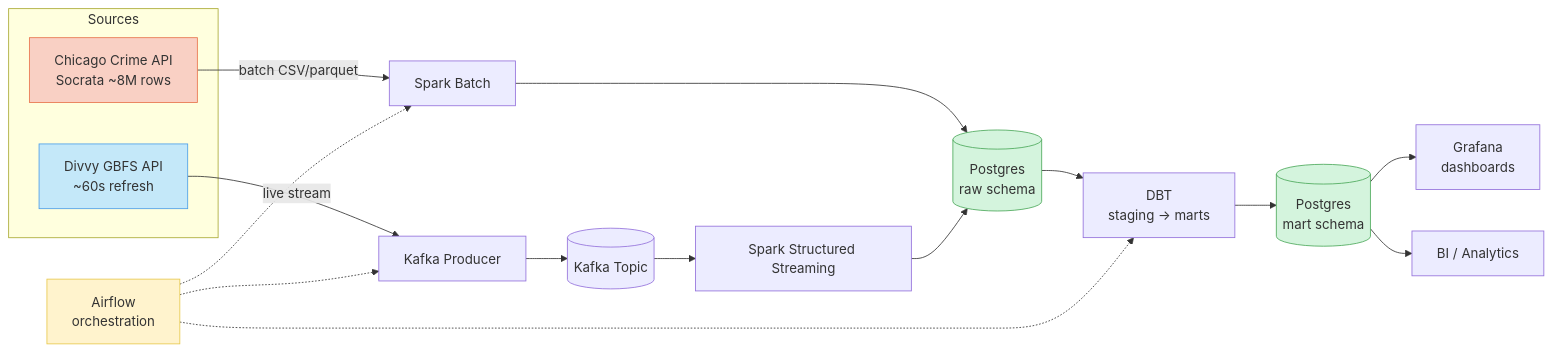
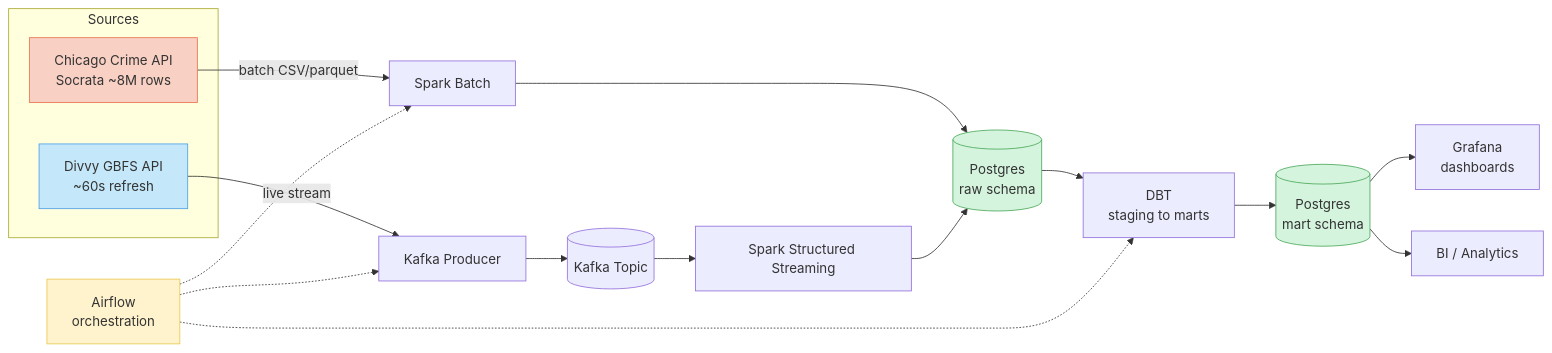
Before and after one commit to SagarMarthandan/chicago-data-pipeline: the first of 3 diagrams in README.md, drawn with Mermaid. The commit also changed other lines of this file and 1 other file, not shown here.

````diff
--- a/README.md
+++ b/README.md
@@ -26,31 +26,31 @@
 ```mermaid
 graph LR
     subgraph Sources
-        CC[Chicago Crime API<br/>Socrata ~8M rows]
-        DV[Divvy GBFS API<br/>~60s refresh]
+        CC["Chicago Crime API<br/>Socrata ~8M rows"]
+        DV["Divvy GBFS API<br/>~60s refresh"]
     end
 
-    CC -->|batch CSV/parquet| SP[Spark Batch]
+    CC -->|"batch CSV/parquet"| SP[Spark Batch]
     DV -->|live stream| KP[Kafka Producer]
     KP --> KT[(Kafka Topic)]
     KT --> SS[Spark Structured Streaming]
 
-    SP --> PG[(Postgres<br/>raw schema)]
+    SP --> PG[("Postgres<br/>raw schema")]
     SS --> PG
 
-    PG --> DBT[DBT<br/>staging → marts]
-    DBT --> PG2[(Postgres<br/>mart schema)]
+    PG --> DBT["DBT<br/>staging to marts"]
+    DBT --> PG2[("Postgres<br/>mart schema")]
 
-    PG2 --> GR[Grafana<br/>dashboards]
-    PG2 --> BI[BI / Analytics]
+    PG2 --> GR["Grafana<br/>dashboards"]
+    PG2 --> BI["BI / Analytics"]
 
-    AF[Airflow<br/>orchestration] -.-> SP
+    AF["Airflow<br/>orchestration"] -.-> SP
     AF -.-> DBT
     AF -.-> KP
 
     style CC fill:#f9d0c4,stroke:#e8744c
     style DV fill:#c4e8f9,stroke:#4c9ee8
     style PG fill:#d4f4dd,stroke:#4ca85a
     style PG2 fill:#d4f4dd,stroke:#4ca85a
     style AF fill:#fff3cd,stroke:#e8c84c
 ```
````
